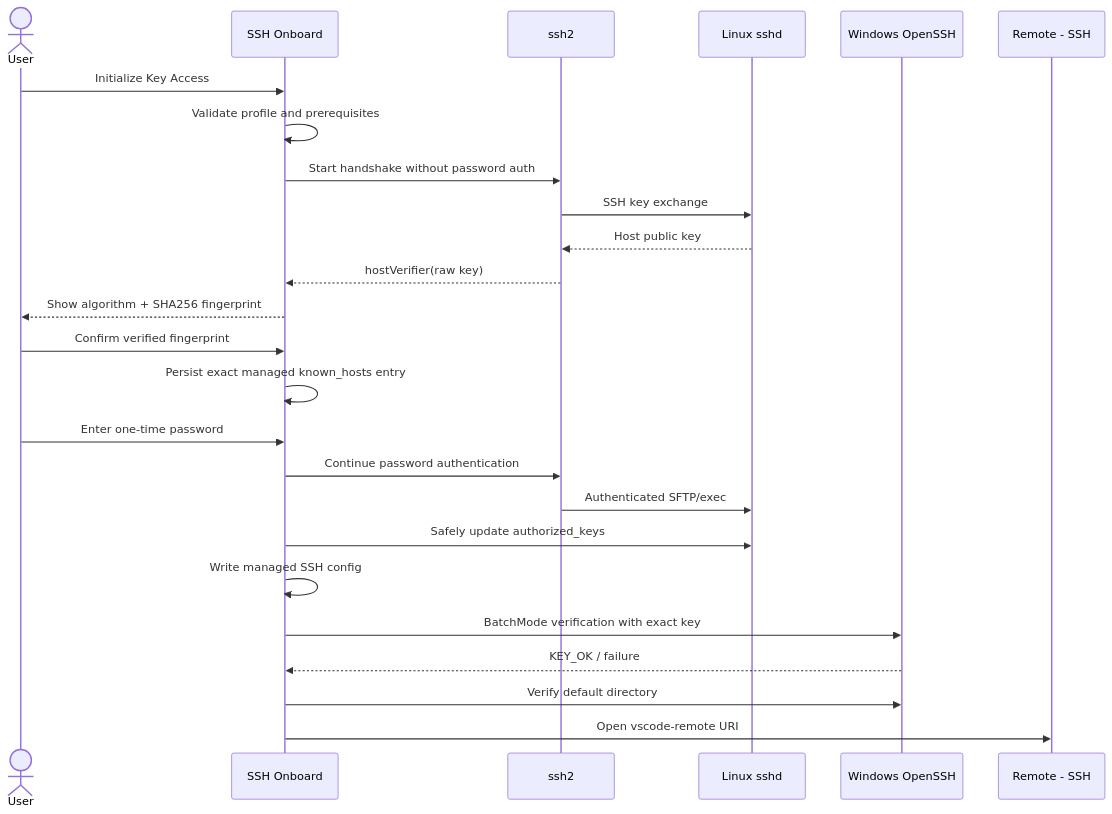
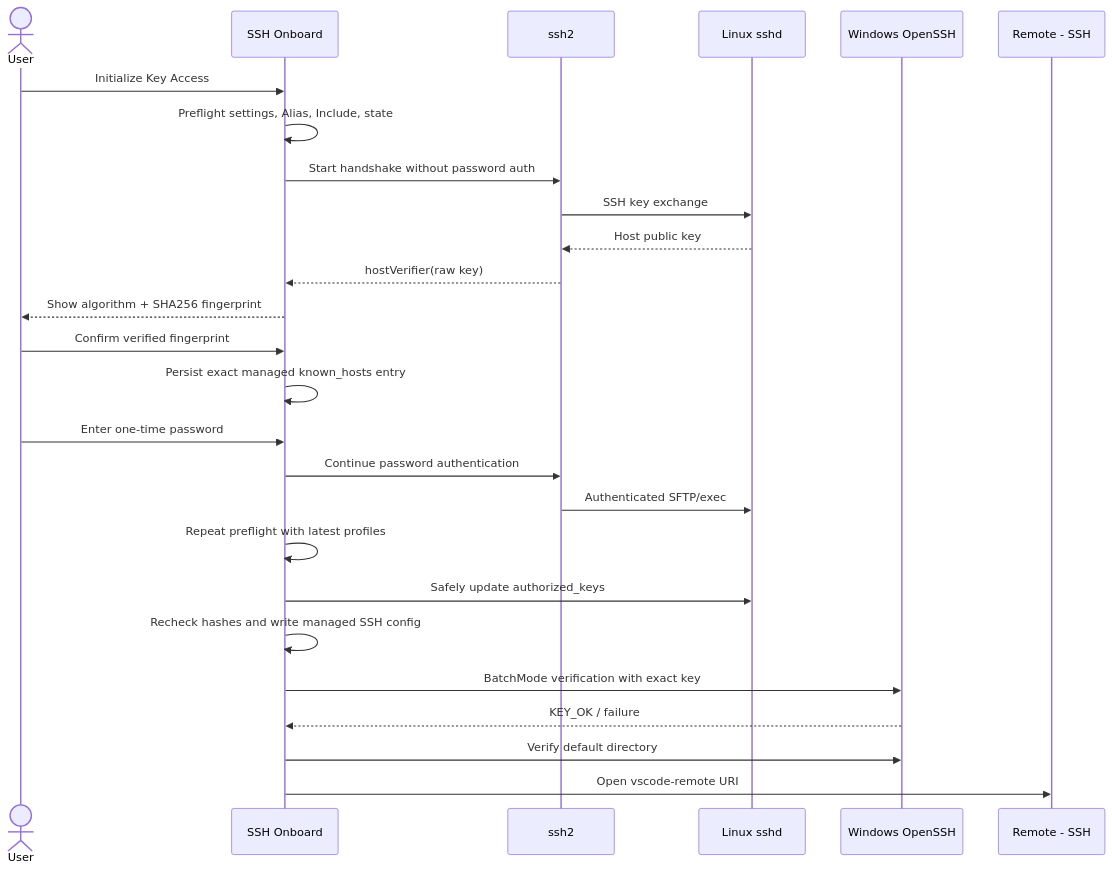
The second of 2 diagrams in docs/ARCHITECTURE.md (ZhangZhengruiNUS/ssh-onboard), drawn with Mermaid before and after one commit. The commit also changed other lines of this file and 27 other files, not shown here.

First line of the commit message:
fix: reconcile managed SSH configuration safely (#14)

````diff
--- a/docs/ARCHITECTURE.md
+++ b/docs/ARCHITECTURE.md
@@ -127,28 +132,29 @@
 ```mermaid
 sequenceDiagram
   actor User
   participant Ext as SSH Onboard
   participant SSH2 as ssh2
   participant Host as Linux sshd
   participant OSSH as Windows OpenSSH
   participant RS as Remote - SSH
 
   User->>Ext: Initialize Key Access
-  Ext->>Ext: Validate profile and prerequisites
+  Ext->>Ext: Preflight settings, Alias, Include, state
   Ext->>SSH2: Start handshake without password auth
   SSH2->>Host: SSH key exchange
   Host-->>SSH2: Host public key
   SSH2-->>Ext: hostVerifier(raw key)
   Ext-->>User: Show algorithm + SHA256 fingerprint
   User->>Ext: Confirm verified fingerprint
   Ext->>Ext: Persist exact managed known_hosts entry
   User->>Ext: Enter one-time password
   Ext->>SSH2: Continue password authentication
   SSH2->>Host: Authenticated SFTP/exec
+  Ext->>Ext: Repeat preflight with latest profiles
   Ext->>Host: Safely update authorized_keys
-  Ext->>Ext: Write managed SSH config
+  Ext->>Ext: Recheck hashes and write managed SSH config
   Ext->>OSSH: BatchMode verification with exact key
   OSSH-->>Ext: KEY_OK / failure
   Ext->>OSSH: Verify default directory
   Ext->>RS: Open vscode-remote URI
 ```
````
